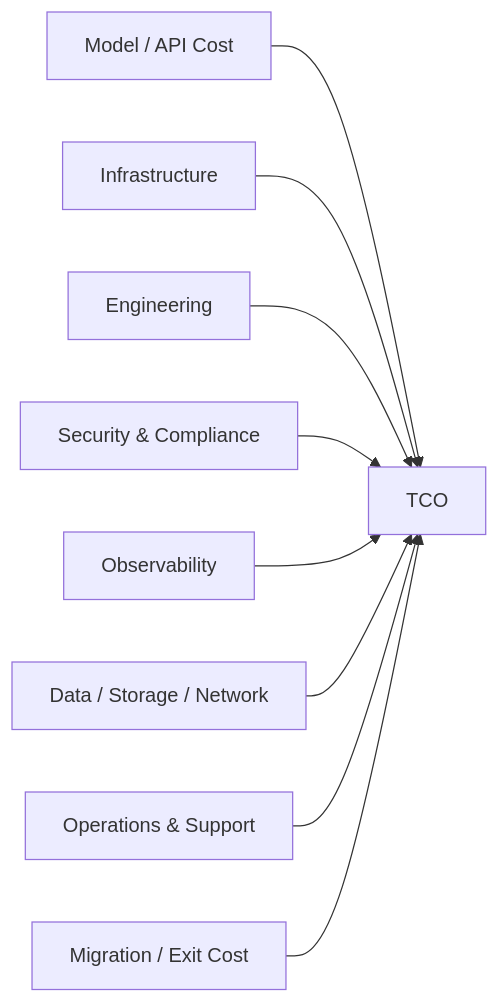
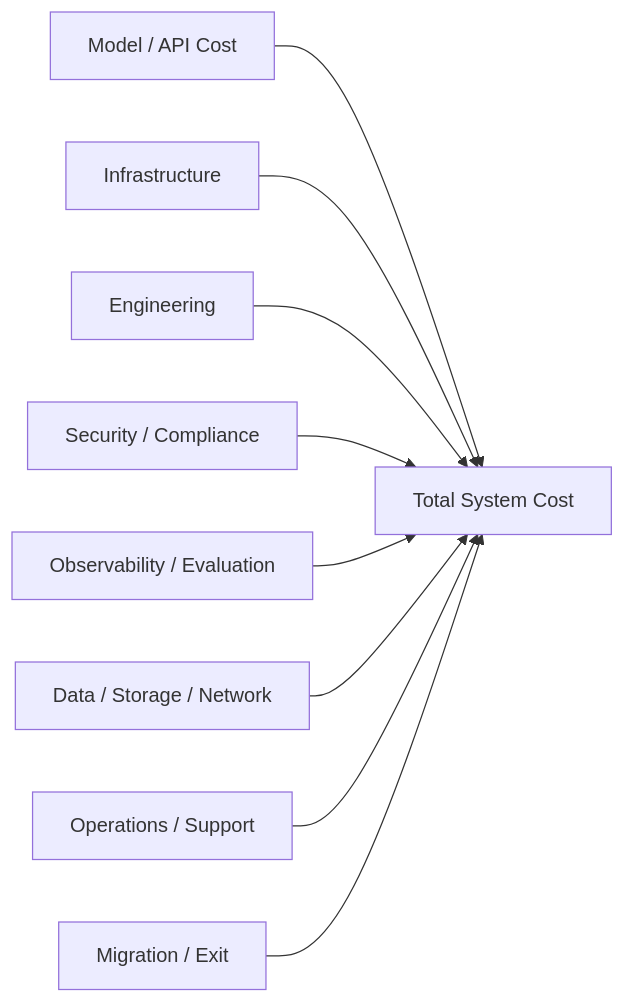
The tenth of 12 diagrams in docs/chapters/09-enterprise-llm-architecture.md (huda-salam/ai-architecture-advisor-book), drawn with Mermaid before and after one commit. The commit also changed other lines of this file, not shown here.

Commit message:
Harden Chapter 9 enterprise LLM architecture foundation

````diff
--- a/docs/chapters/09-enterprise-llm-architecture.md
+++ b/docs/chapters/09-enterprise-llm-architecture.md
@@ -484,11 +558,11 @@
 ```mermaid
 flowchart LR
-    A[Model / API Cost] --> T[TCO]
+    A[Model / API Cost] --> T[Total System Cost]
     B[Infrastructure] --> T
     C[Engineering] --> T
-    D[Security & Compliance] --> T
-    E[Observability] --> T
+    D[Security / Compliance] --> T
+    E[Observability / Evaluation] --> T
     F[Data / Storage / Network] --> T
-    G[Operations & Support] --> T
-    H[Migration / Exit Cost] --> T
+    G[Operations / Support] --> T
+    H[Migration / Exit] --> T
 ```
````
